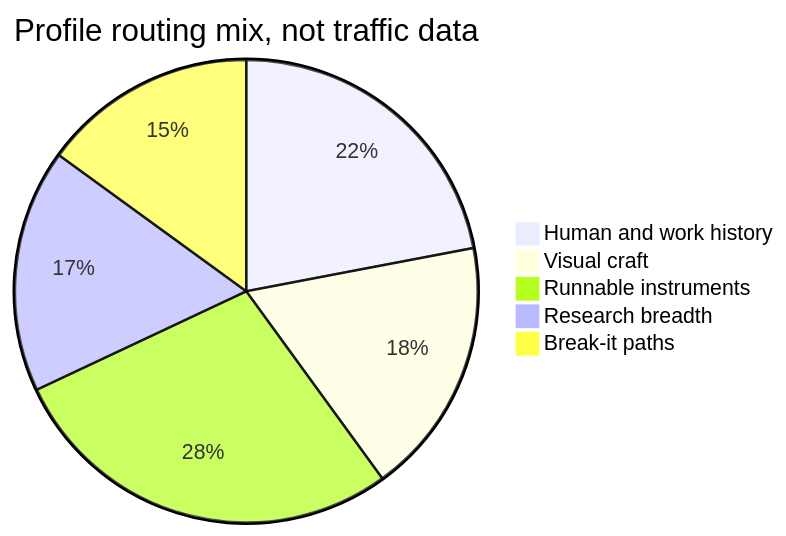
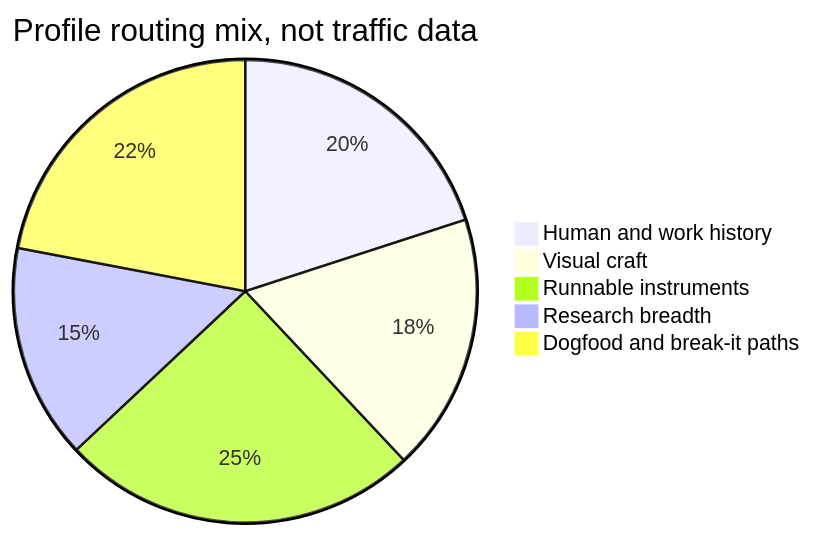
Before and after one commit to HarperZ9/HarperZ9: the second of 2 diagrams in README.md, drawn with Mermaid. The commit also changed other lines of this file and 4 other files, not shown here.

````diff
--- a/README.md
+++ b/README.md
@@ -411,8 +450,8 @@
 ```mermaid
 pie title Profile routing mix, not traffic data
-    "Human and work history" : 22
+    "Human and work history" : 20
     "Visual craft" : 18
-    "Runnable instruments" : 28
-    "Research breadth" : 17
-    "Break-it paths" : 15
+    "Runnable instruments" : 25
+    "Research breadth" : 15
+    "Dogfood and break-it paths" : 22
 ```
````
